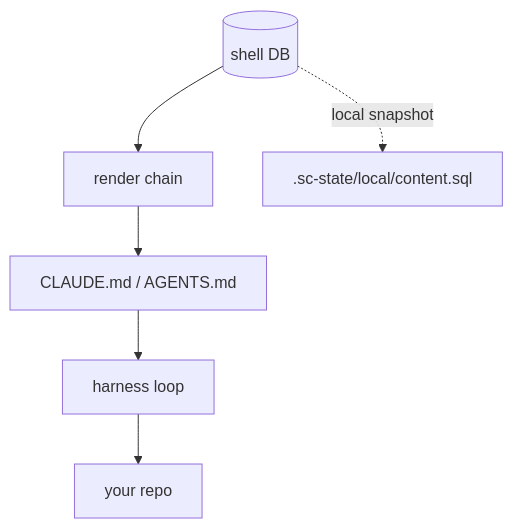
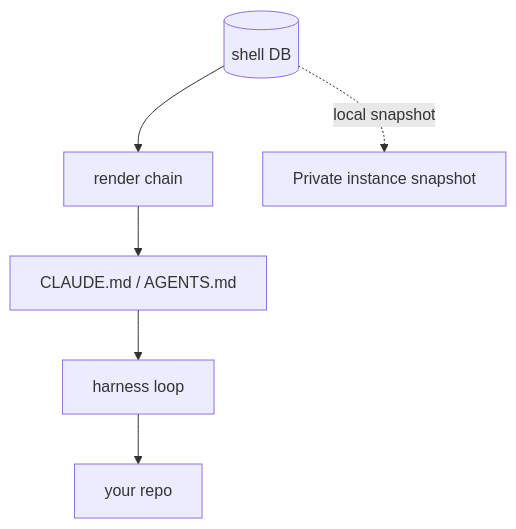
One commit to jedbjorn/subfloor changed the diagram in README.md. Above: the diagram before and after it, drawn with Mermaid. The commit also changed other lines of this file and 4 other files, not shown here.

````diff
--- a/README.md
+++ b/README.md
@@ -102,8 +102,8 @@
 ```mermaid
 graph TD
   DB[(shell DB)]:::class1 --> REN[render chain]:::class2
   REN --> BOOT[CLAUDE.md / AGENTS.md]:::class2
   BOOT --> H[harness loop]:::class3
   H --> REPO[your repo]:::class4
-  DB -.local snapshot.-> SQL[.sc-state/local/content.sql]:::class2
+  DB -.local snapshot.-> SQL[Private instance snapshot]:::class2
 ```
````
